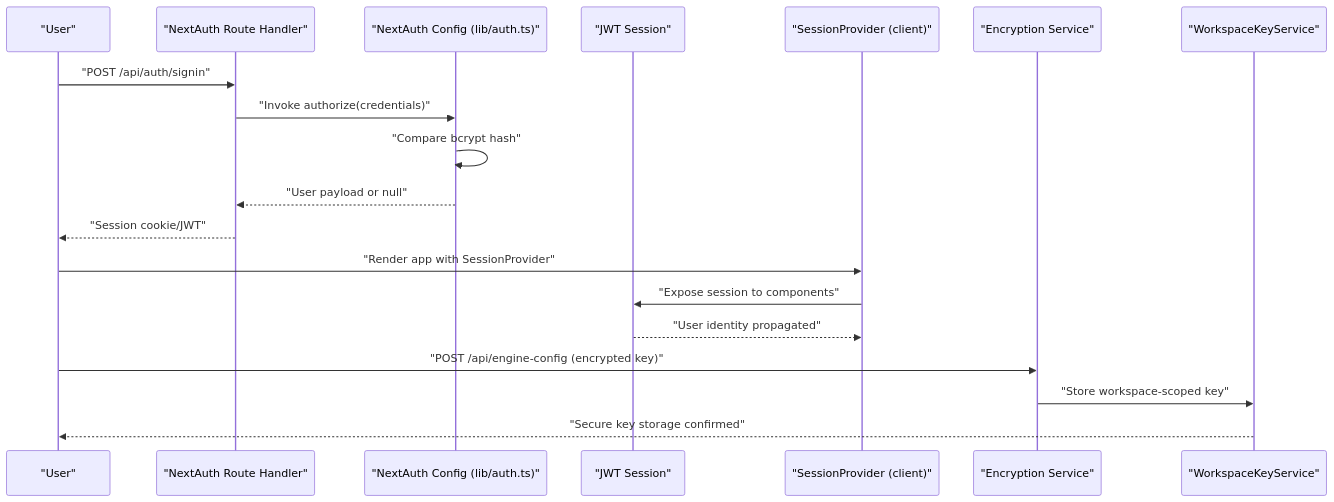
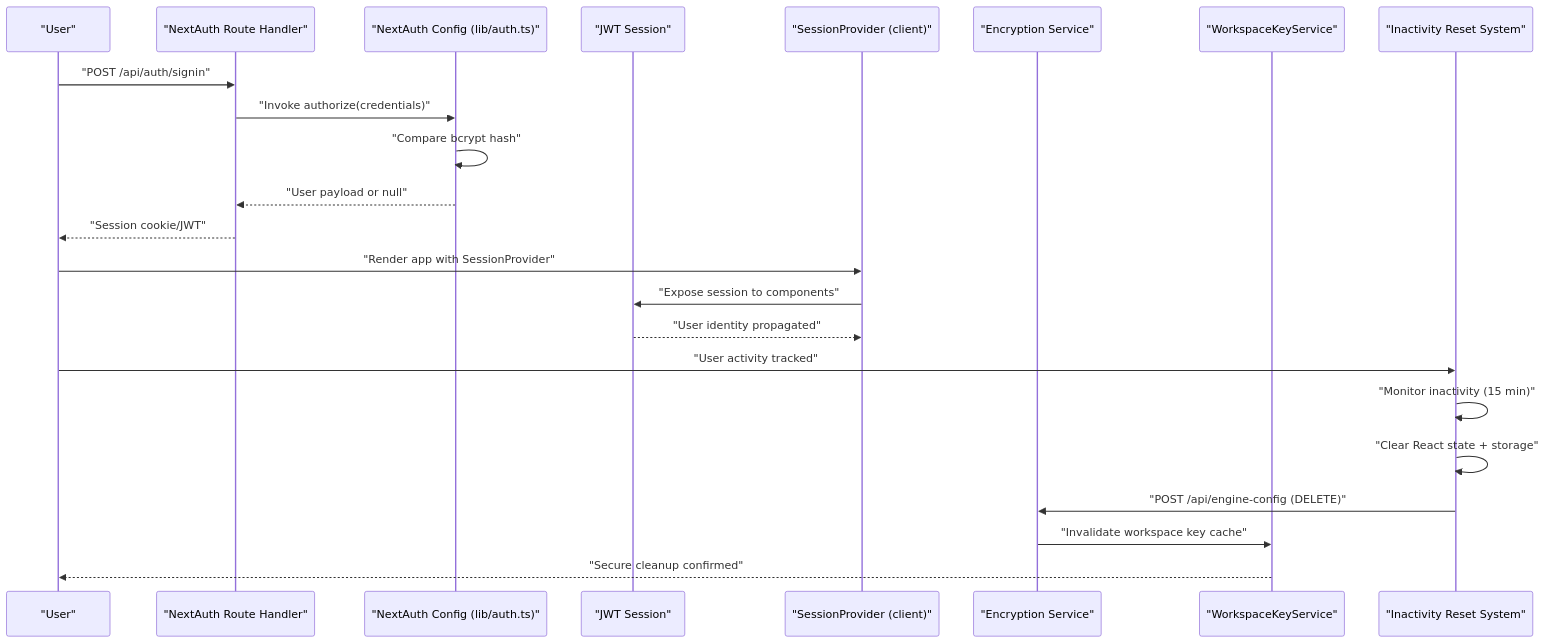
One commit to shekhargiri005-dotcom/AI-powered-accessibility-first-UI-engine changed the second of 13 diagrams in .qoder/repowiki/en/content/Security & Privacy/Security & Privacy.md. Above: the diagram before and after it, drawn with Mermaid. The commit also changed other lines of this file and 17 other files, not shown here.

````diff
--- a/.qoder/repowiki/en/content/Security & Privacy/Security & Privacy.md
+++ b/.qoder/repowiki/en/content/Security & Privacy/Security & Privacy.md
@@ -152,21 +165,25 @@
 ```mermaid
 sequenceDiagram
 participant U as "User"
 participant R as "NextAuth Route Handler"
 participant A as "NextAuth Config (lib/auth.ts)"
 participant S as "JWT Session"
 participant P as "SessionProvider (client)"
 participant EC as "Encryption Service"
 participant WKS as "WorkspaceKeyService"
+participant IR as "Inactivity Reset System"
 U->>R : "POST /api/auth/signin"
 R->>A : "Invoke authorize(credentials)"
 A->>A : "Compare bcrypt hash"
 A-->>R : "User payload or null"
 R-->>U : "Session cookie/JWT"
 U->>P : "Render app with SessionProvider"
 P->>S : "Expose session to components"
 S-->>P : "User identity propagated"
-U->>EC : "POST /api/engine-config (encrypted key)"
-EC->>WKS : "Store workspace-scoped key"
-WKS-->>U : "Secure key storage confirmed"
+U->>IR : "User activity tracked"
+IR->>IR : "Monitor inactivity (15 min)"
+IR->>IR : "Clear React state + storage"
+IR->>EC : "POST /api/engine-config (DELETE)"
+EC->>WKS : "Invalidate workspace key cache"
+WKS-->>U : "Secure cleanup confirmed"
 ```
````
